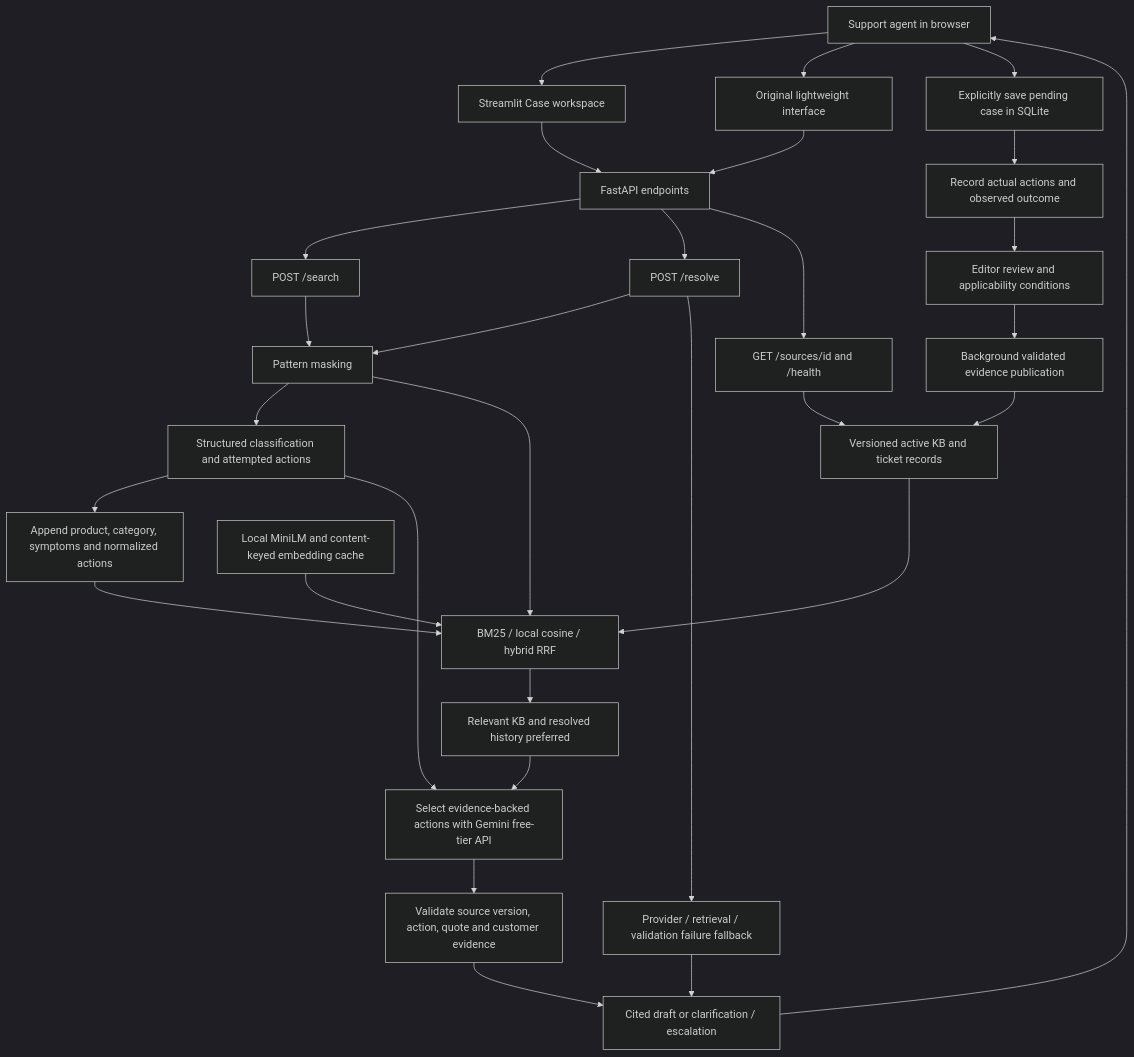
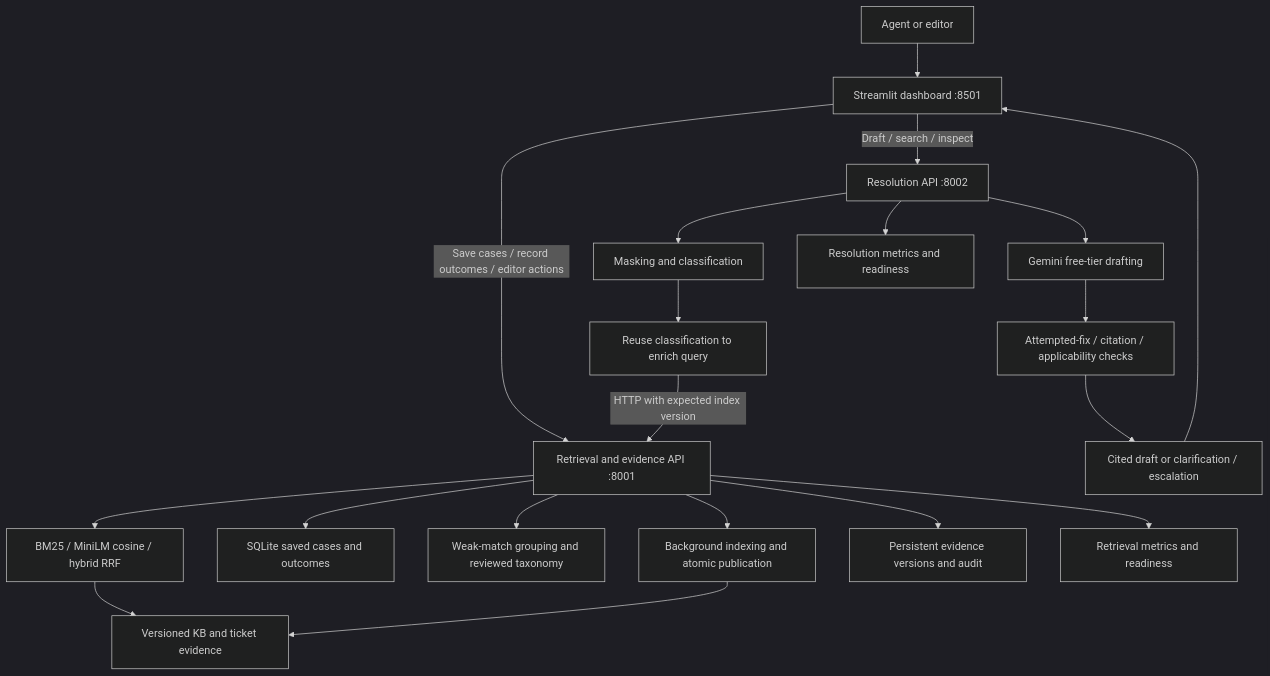
Before and after one commit to TejaswiniG06/TeleAssist-prodapt: the first of 2 diagrams in docs/architecture.md, drawn with Mermaid (dark theme). The commit also changed other lines of this file and 139 other files, not shown here.

Commit message:
Organize modules and build the support dashboard

````diff
--- a/docs/architecture.md
+++ b/docs/architecture.md
@@ -5,32 +5,22 @@
 ```mermaid
 flowchart TD
-    Agent[Support agent in browser] --> Dashboard[Streamlit Case workspace]
-    Dashboard --> API[FastAPI endpoints]
-    Agent --> Lightweight[Original lightweight interface]
-    Lightweight --> API
-    API --> Search[POST /search]
-    API --> Resolve[POST /resolve]
-    API --> Inspect[GET /sources/id and /health]
-    Search --> Mask[Pattern masking]
-    Resolve --> Mask
-    Mask --> Classify[Structured classification and attempted actions]
-    Mask --> Retrieve[BM25 / local cosine / hybrid RRF]
-    Classify --> Enrich[Append product, category, symptoms and normalized actions]
-    Enrich --> Retrieve
-    Corpus[Versioned active KB and ticket records] --> Retrieve
-    Local[Local MiniLM and content-keyed embedding cache] --> Retrieve
-    Retrieve --> Trust[Relevant KB and resolved history preferred]
-    Trust --> Draft[Select evidence-backed actions with Gemini free-tier API]
-    Classify --> Draft
-    Draft --> Check[Validate source version, action, quote and customer evidence]
-    Check --> Result[Cited draft or clarification / escalation]
-    Result --> Agent
-    Agent --> Case[Explicitly save pending case in SQLite]
-    Case --> Outcome[Record actual actions and observed outcome]
-    Outcome --> Editor[Editor review and applicability conditions]
-    Editor --> Ingest[Background validated evidence publication]
-    Ingest --> Corpus
-    Resolve --> Fallback[Provider / retrieval / validation failure fallback]
-    Fallback --> Result
-    Inspect --> Corpus
+    User[Agent or editor] --> UI[Streamlit dashboard :8501]
+    UI -->|Draft / search / inspect| Resolution[Resolution API :8002]
+    UI -->|Save cases / record outcomes / editor actions| Retrieval[Retrieval and evidence API :8001]
+    Resolution --> Mask[Masking and classification]
+    Mask --> Enrich[Reuse classification to enrich query]
+    Enrich -->|HTTP with expected index version| Retrieval
+    Retrieval --> Search[BM25 / MiniLM cosine / hybrid RRF]
+    Search --> Evidence[Versioned KB and ticket evidence]
+    Retrieval --> Cases[SQLite saved cases and outcomes]
+    Retrieval --> Topics[Weak-match grouping and reviewed taxonomy]
+    Retrieval --> Ingest[Background indexing and atomic publication]
+    Ingest --> Evidence
+    Resolution --> Provider[Gemini free-tier drafting]
+    Provider --> Checks[Attempted-fix / citation / applicability checks]
+    Checks --> Result[Cited draft or clarification / escalation]
+    Result --> UI
+    Retrieval --> History[Persistent evidence versions and audit]
+    Resolution --> RM[Resolution metrics and readiness]
+    Retrieval --> EM[Retrieval metrics and readiness]
 ```
````
